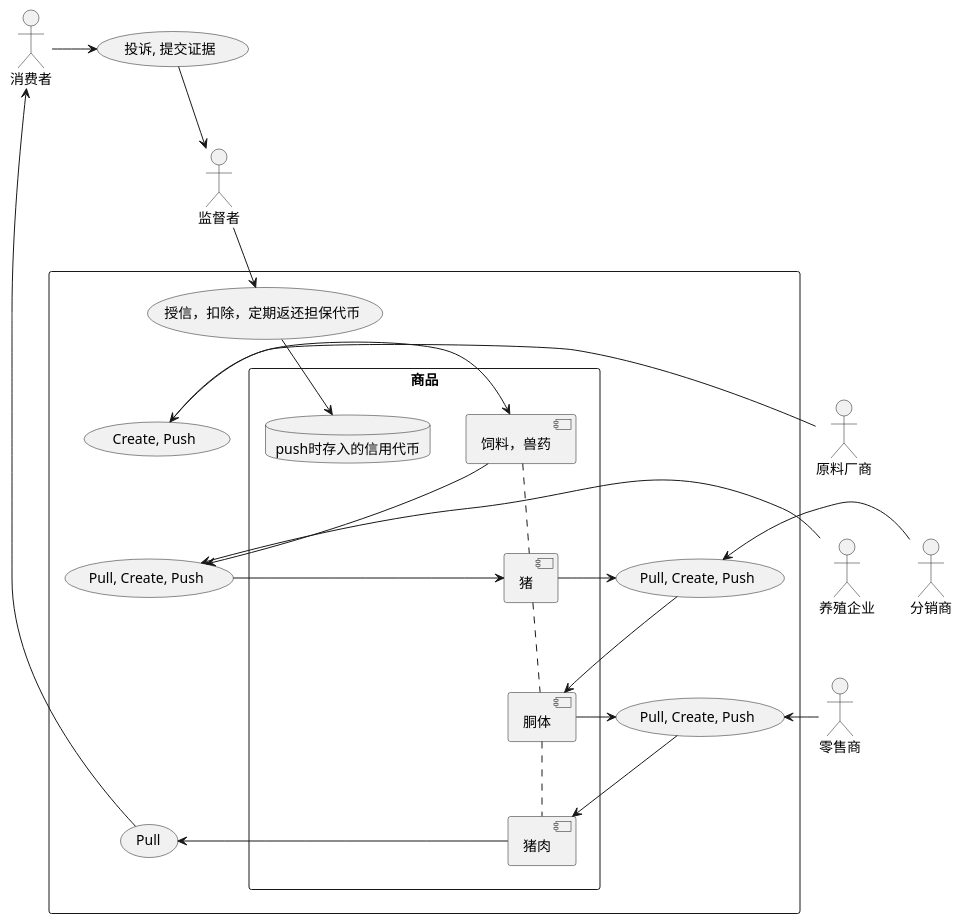
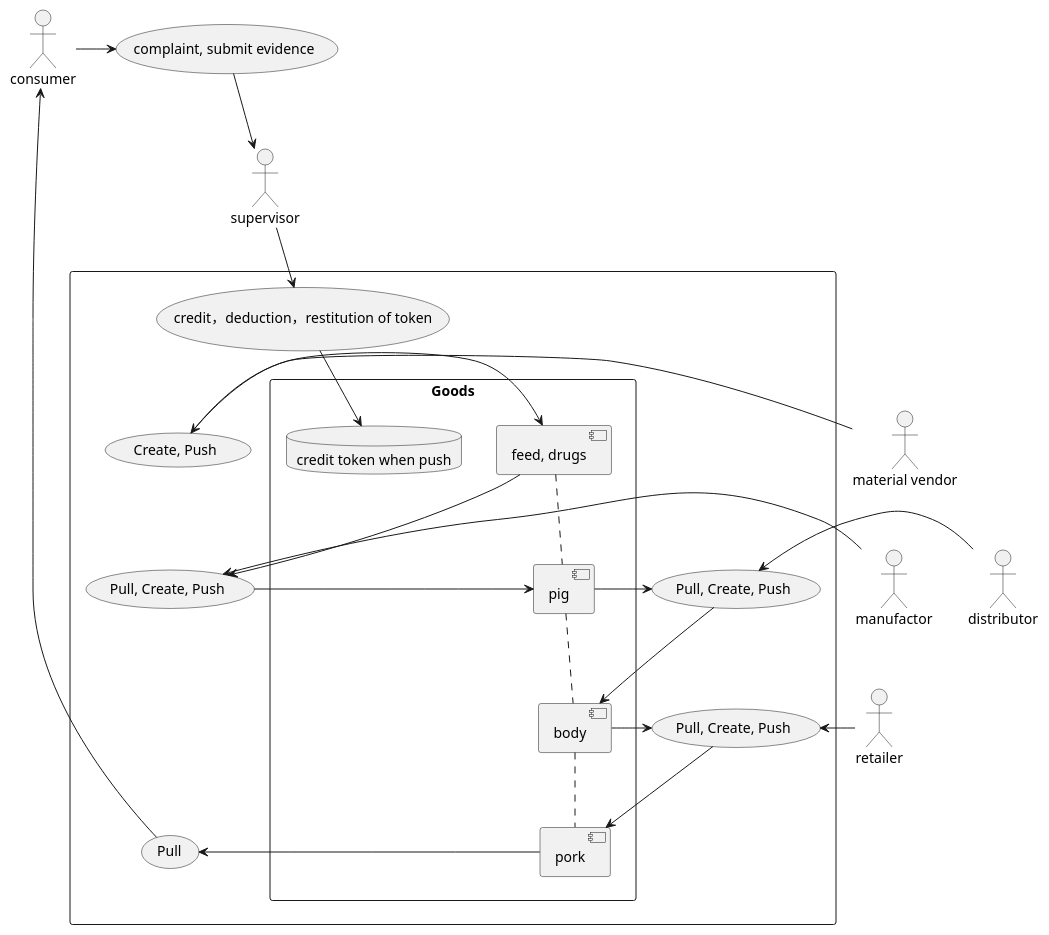
Before and after one commit to txcary/traceability: the diagram in plantuml/usecase.plantuml, drawn with PlantUML. The commit also changed 2 other files, not shown here.

```diff
--- a/plantuml/usecase.plantuml
+++ b/plantuml/usecase.plantuml
@@ -1,53 +1,53 @@
 @startuml
-actor "监督者" as supervisor
-actor "原料厂商" as vendor
-actor "养殖企业" as manufactor
-actor "分销商" as distributor
-actor "零售商" as retailer
-actor "消费者" as consumer
+actor "supervisor" as supervisor
+actor "material vendor" as vendor
+actor "manufactor" as manufactor
+actor "distributor" as distributor
+actor "retailer" as retailer
+actor "consumer" as consumer
 rectangle {
-	usecase "授信，扣除，定期返还担保代币" as supervise
+	usecase "credit，deduction，restitution of token" as supervise
 	usecase "Create, Push" as createMaterial
 	usecase "Pull, Create, Push" as createPig
 	usecase "Pull, Create, Push" as createBody
 	usecase "Pull, Create, Push" as createPork
 	usecase "Pull" as consume 
-	rectangle "商品" as goods {
+	rectangle "Goods" as goods {
 		together {
-			component "饲料，兽药" as material
-			component "猪" as pig
-			component "胴体" as body
-			component "猪肉" as pork
+			component "feed, drugs" as material
+			component "pig" as pig
+			component "body" as body
+			component "pork" as pork
 		}
-		database "push时存入的信用代币" as token
+		database "credit token when push" as token
 		material .down. pig
 		pig .down. body
 		body .down. pork
 	}
 }
 
-usecase "投诉, 提交证据" as complaint
+usecase "complaint, submit evidence" as complaint
 consumer->complaint
 complaint-->supervisor
 
 supervisor-down->supervise
 supervise-down->token
 
 vendor-right->createMaterial
 createMaterial-right->material
 
 material-right->createPig
 manufactor-right->createPig
 createPig-right->pig
 
 pig-right->createBody 
 distributor-right->createBody 
 createBody-right->body
 
 body-right->createPork
 retailer-right->createPork
 createPork-right->pork
 
 pork-left->consume
 consume-left->consumer
 @enduml
```
